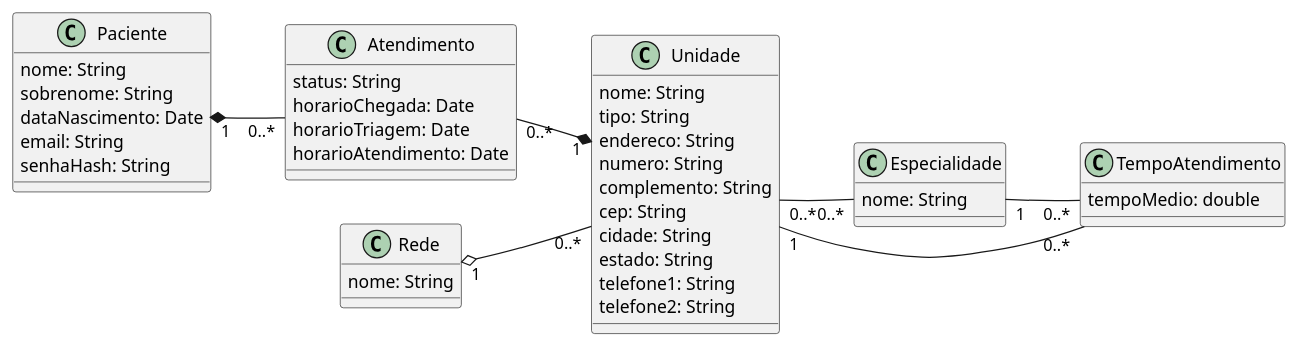
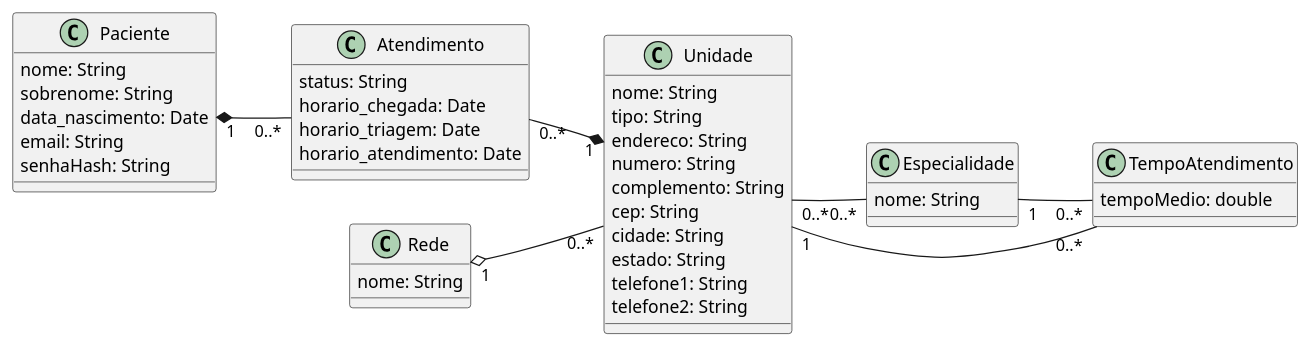
The diagram in docs/dominio_classes.md (PurpleLobster31/Erro404_LabEngSoftw_06N), drawn with PlantUML before and after one commit. The commit also changed 2 other files, not shown here.

Commit message:
feat: add Atendimento model and relationships, update domain class diagram

````diff
--- a/docs/dominio_classes.md
+++ b/docs/dominio_classes.md
@@ -2,63 +2,63 @@
 ```plantuml
 @startuml
 left to right direction
 
 class Paciente {
     nome: String
     sobrenome: String
-    dataNascimento: Date
+    data_nascimento: Date
     email: String
     senhaHash: String
 }
 
 class Atendimento {
     status: String
-    horarioChegada: Date
-    horarioTriagem: Date
-    horarioAtendimento: Date
+    horario_chegada: Date
+    horario_triagem: Date
+    horario_atendimento: Date
 }
 
 class Unidade {
     nome: String
     tipo: String
     endereco: String
     numero: String
     complemento: String
     cep: String
     cidade: String
     estado: String
     telefone1: String
     telefone2: String
 }
 
 class Especialidade {
     nome: String
 }
 
 class Rede {
     nome: String
 }
 
 class TempoAtendimento {
     tempoMedio: double
 }
 
 Paciente "1" *-- "0..*" Atendimento
 Unidade "1" *-- "0..*" Atendimento
 
 Rede "1" o-- "0..*" Unidade
 
 Unidade "0..*" -- "0..*" Especialidade
 
 Unidade "1" -- "0..*" TempoAtendimento
 Especialidade "1" -- "0..*" TempoAtendimento
 
 Paciente -[hidden]-> Atendimento
 Atendimento -[hidden]-> Unidade
 Unidade -[hidden]-> Especialidade
 
 Rede -[hidden]-> Unidade
 Especialidade -[hidden]-> TempoAtendimento
 
 @enduml
 ```
````
